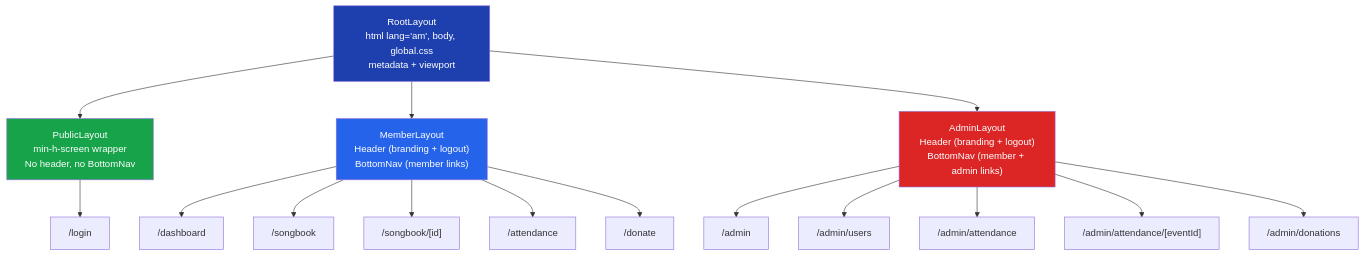
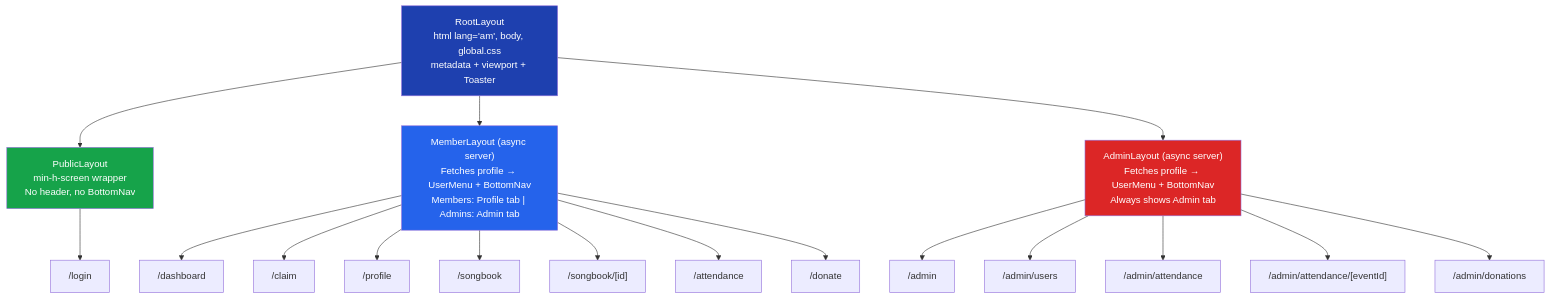
The second of 4 diagrams in docs/routes.md (Felege-Yordanos-Tech-Team/felege-yordanos-app), drawn with Mermaid before and after one commit. The commit also changed other lines of this file and 3 other files, not shown here.

First line of the commit message:
docs: 📝 update all architecture docs for latest features

````diff
--- a/docs/routes.md
+++ b/docs/routes.md
@@ -56,27 +62,29 @@
 ```mermaid
 graph TD
-    ROOT_LAYOUT["RootLayout<br/>html lang='am', body, global.css<br/>metadata + viewport"]
+    ROOT_LAYOUT["RootLayout<br/>html lang='am', body, global.css<br/>metadata + viewport + Toaster"]
 
     ROOT_LAYOUT --> PUBLIC_LAYOUT["PublicLayout<br/>min-h-screen wrapper<br/>No header, no BottomNav"]
-    ROOT_LAYOUT --> MEMBER_LAYOUT["MemberLayout<br/>Header (branding + logout)<br/>BottomNav (member links)"]
-    ROOT_LAYOUT --> ADMIN_LAYOUT["AdminLayout<br/>Header (branding + logout)<br/>BottomNav (member + admin links)"]
+    ROOT_LAYOUT --> MEMBER_LAYOUT["MemberLayout (async server)<br/>Fetches profile → UserMenu + BottomNav<br/>Members: Profile tab | Admins: Admin tab"]
+    ROOT_LAYOUT --> ADMIN_LAYOUT["AdminLayout (async server)<br/>Fetches profile → UserMenu + BottomNav<br/>Always shows Admin tab"]
 
     PUBLIC_LAYOUT --> P1["/login"]
 
     MEMBER_LAYOUT --> M1["/dashboard"]
-    MEMBER_LAYOUT --> M2["/songbook"]
-    MEMBER_LAYOUT --> M3["/songbook/[id]"]
-    MEMBER_LAYOUT --> M4["/attendance"]
-    MEMBER_LAYOUT --> M5["/donate"]
+    MEMBER_LAYOUT --> M2["/claim"]
+    MEMBER_LAYOUT --> M3["/profile"]
+    MEMBER_LAYOUT --> M4["/songbook"]
+    MEMBER_LAYOUT --> M5["/songbook/[id]"]
+    MEMBER_LAYOUT --> M6["/attendance"]
+    MEMBER_LAYOUT --> M7["/donate"]
 
     ADMIN_LAYOUT --> A1["/admin"]
     ADMIN_LAYOUT --> A2["/admin/users"]
     ADMIN_LAYOUT --> A3["/admin/attendance"]
     ADMIN_LAYOUT --> A4["/admin/attendance/[eventId]"]
     ADMIN_LAYOUT --> A5["/admin/donations"]
 
     style ROOT_LAYOUT fill:#1e40af,color:#fff
     style PUBLIC_LAYOUT fill:#16a34a,color:#fff
     style MEMBER_LAYOUT fill:#2563eb,color:#fff
     style ADMIN_LAYOUT fill:#dc2626,color:#fff
 ```
````
